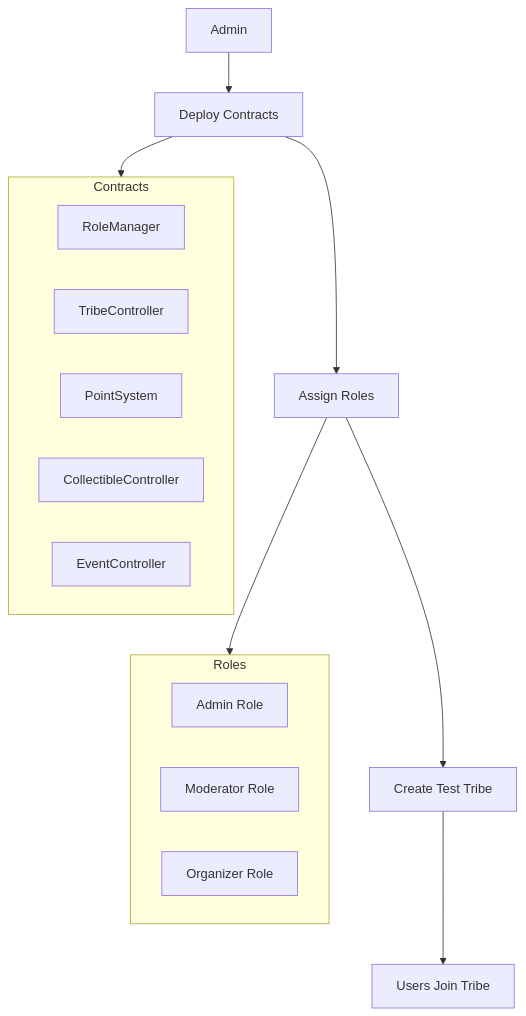
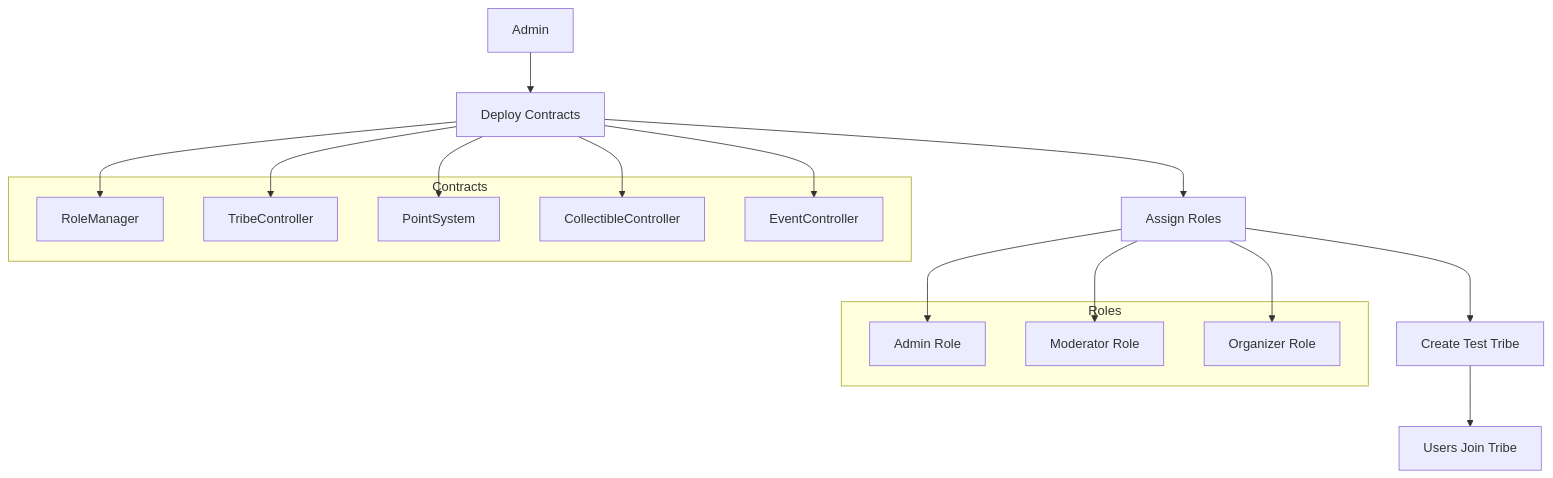
The first of 11 diagrams in docs/user-flows/EventFlowDiagrams.md (Wasserstoff-Innovation/TribesByAstrix), drawn with Mermaid before and after one commit. The commit also changed other lines of this file and 3 other files, not shown here.

````diff
--- a/docs/user-flows/EventFlowDiagrams.md
+++ b/docs/user-flows/EventFlowDiagrams.md
@@ -7,24 +7,31 @@
 ```mermaid
 flowchart TD
     A[Admin] --> B[Deploy Contracts]
     B --> C[Assign Roles]
     C --> D[Create Test Tribe]
     D --> E[Users Join Tribe]
 
-    subgraph Contracts
+    subgraph ContractGroup [Contracts]
         B1[RoleManager]
         B2[TribeController]
         B3[PointSystem]
         B4[CollectibleController]
         B5[EventController]
     end
 
-    subgraph Roles
+    subgraph RoleGroup [Roles]
         C1[Admin Role]
         C2[Moderator Role]
         C3[Organizer Role]
     end
 
-    B --> Contracts
-    C --> Roles
+    B --> B1
+    B --> B2
+    B --> B3
+    B --> B4
+    B --> B5
+    
+    C --> C1
+    C --> C2
+    C --> C3
 ```
````
